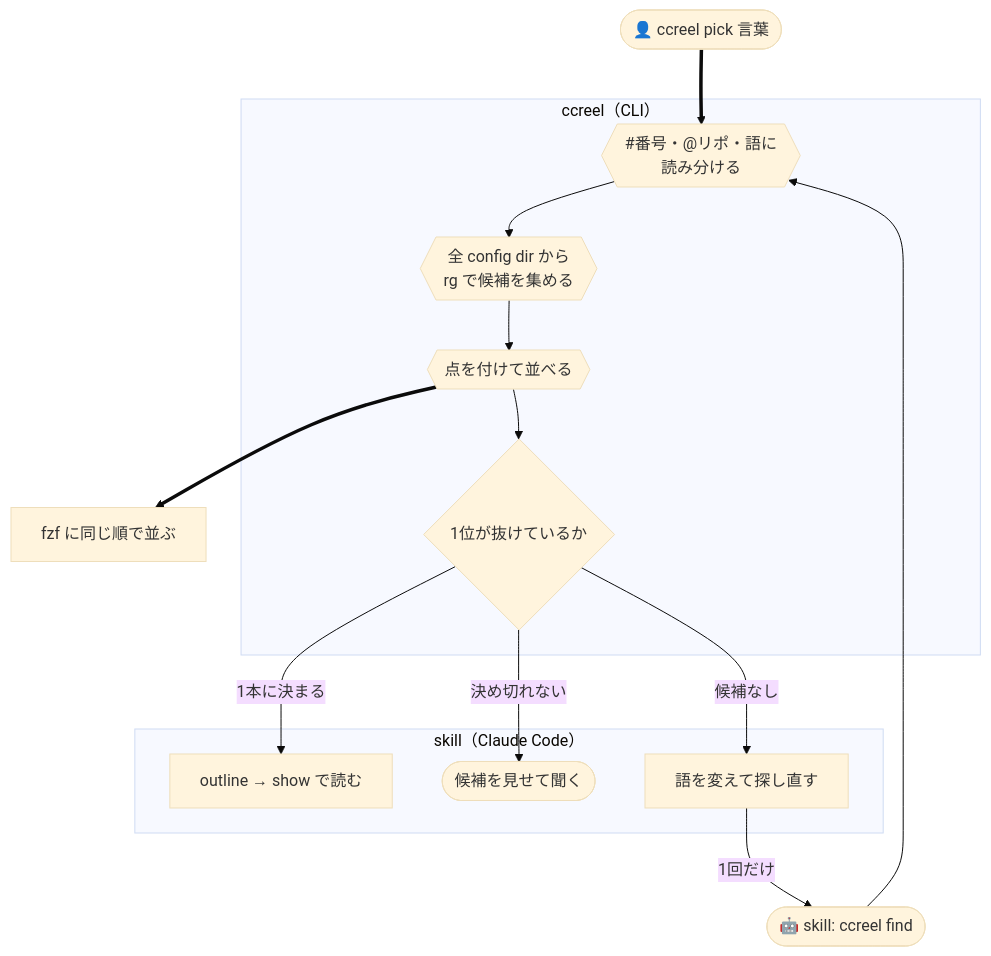
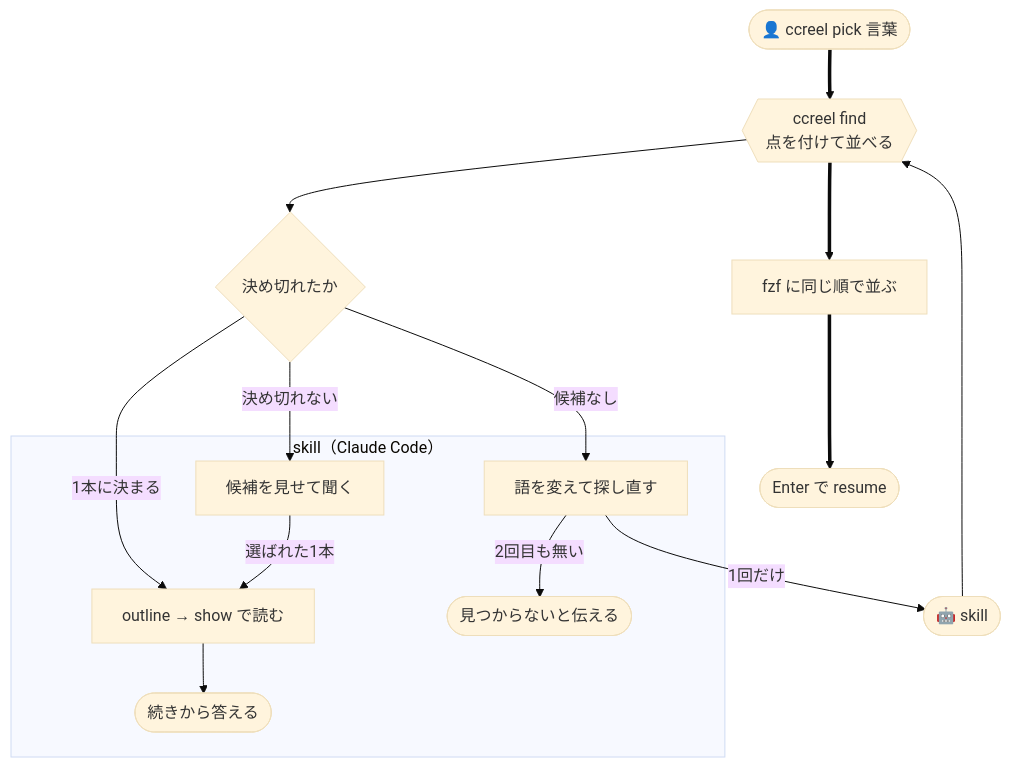
Before and after one commit to yktsnet/ccreel: the first of 2 diagrams in README.md, drawn with Mermaid (base theme). The commit also changed other lines of this file and 1 other file, not shown here.

First line of the commit message:
docs: give each README diagram its endpoints and move the sync diagram into the README

````diff
--- a/README.md
+++ b/README.md
@@ -35,25 +35,24 @@
 ```mermaid
 flowchart TD
   human(["👤 ccreel pick 言葉"])
-  claude(["🤖 skill: ccreel find"])
-  subgraph F["ccreel（CLI）"]
-    parse{{"#番号・@リポ・語に<br/>読み分ける"}}
-    collect{{"全 config dir から<br/>rg で候補を集める"}}
-    rank{{"点を付けて並べる"}}
-    dec{"1位が抜けているか"}
-  end
+  claude(["🤖 skill"])
+  find{{"ccreel find<br/>点を付けて並べる"}}
+  human ==> find
+  claude --> find
+  find ==> fzf["fzf に同じ順で並ぶ"] ==> resume(["Enter で resume"])
+  find --> dec{"決め切れたか"}
   subgraph S["skill（Claude Code）"]
     read["outline → show で読む"]
-    ask(["候補を見せて聞く"])
+    ask["候補を見せて聞く"]
     retry["語を変えて探し直す"]
+    answer(["続きから答える"])
+    none(["見つからないと伝える"])
   end
-  human ==> parse
-  claude --> parse
-  parse --> collect --> rank
-  rank ==> fzf["fzf に同じ順で並ぶ"]
-  rank --> dec
   dec -->|"1本に決まる"| read
   dec -->|"決め切れない"| ask
   dec -->|"候補なし"| retry
+  ask -->|"選ばれた1本"| read
+  read --> answer
   retry -->|"1回だけ"| claude
+  retry -->|"2回目も無い"| none
 ```
````
